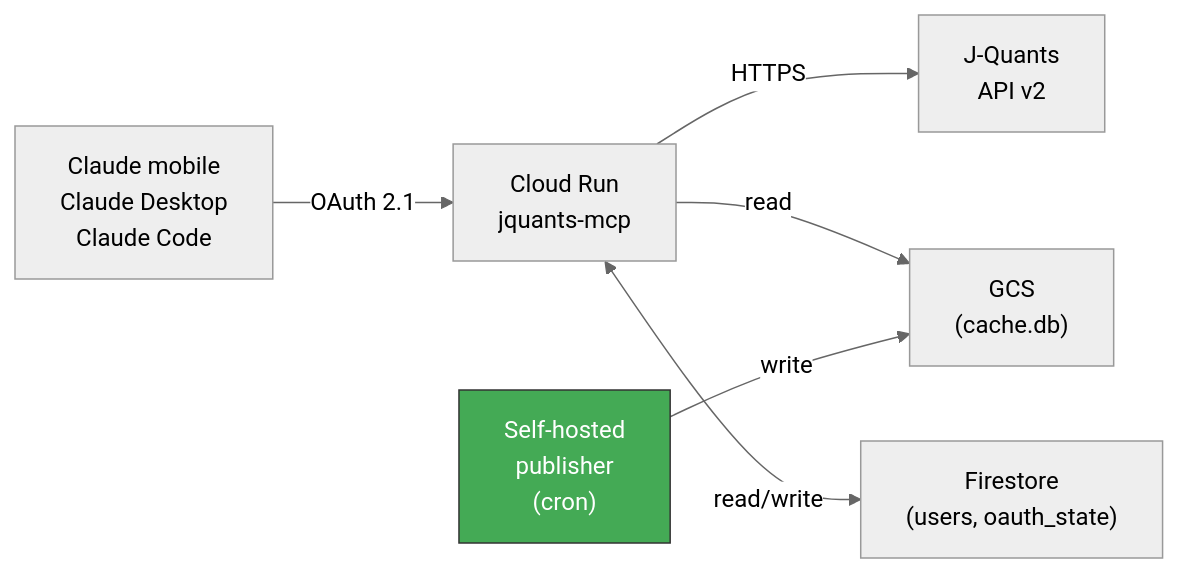
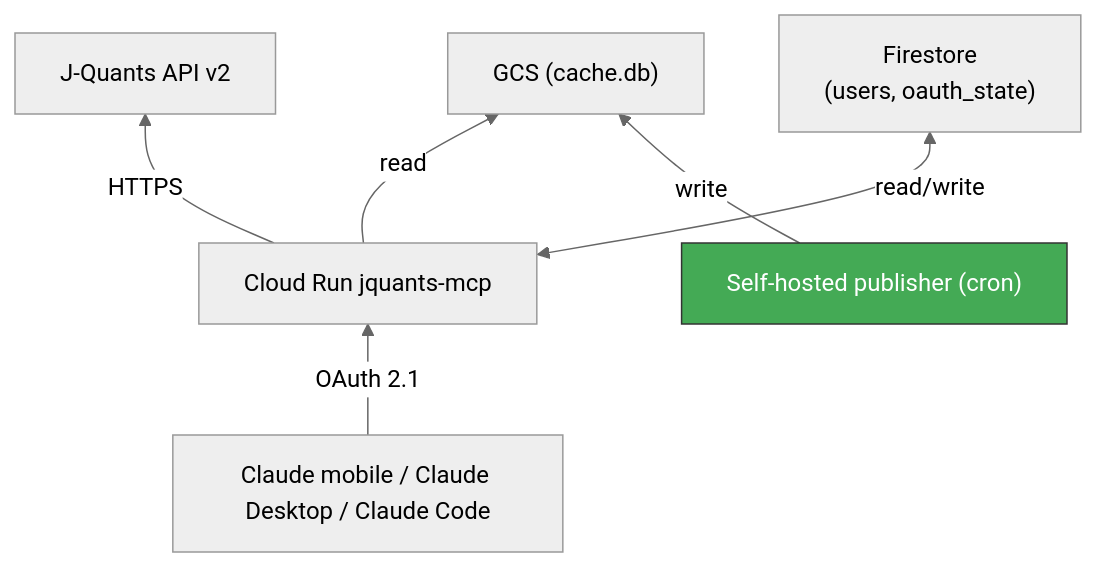
The fourth of 5 diagrams in docs/deploy/overview.md (shigechika/jquants-mcp), drawn with Mermaid (neutral theme) before and after one commit. The commit also changed other lines of this file and 5 other files, not shown here.

First line of the commit message:
docs(deploy): add Docker shape, BT mermaid diagrams, and Japanese translations

````diff
--- a/docs/deploy/overview.md
+++ b/docs/deploy/overview.md
@@ -44,10 +73,17 @@
 ```mermaid
-graph LR
-    A["Claude mobile<br/>Claude Desktop<br/>Claude Code"] -->|"OAuth 2.1"| B["Cloud Run<br/>jquants-mcp"]
-    B -->|HTTPS| C["J-Quants<br/>API v2"]
-    B -->|read| D["GCS<br/>(cache.db)"]
-    B <-->|read/write| E["Firestore<br/>(users, oauth_state)"]
-    F["Self-hosted<br/>publisher<br/>(cron)"] -->|write| D
+graph BT
+    C["J-Quants API v2"]
+    D["GCS (cache.db)"]
+    E["Firestore\n(users, oauth_state)"]
+    B["Cloud Run jquants-mcp"]
+    A["Claude mobile / Claude Desktop / Claude Code"]
+    F["Self-hosted publisher (cron)"]
+
+    A -->|"OAuth 2.1"| B
+    B -->|HTTPS| C
+    B -->|read| D
+    B <-->|read/write| E
+    F -->|write| D
 
     style F fill:#4a5,stroke:#333,color:#fff
 ```
````
